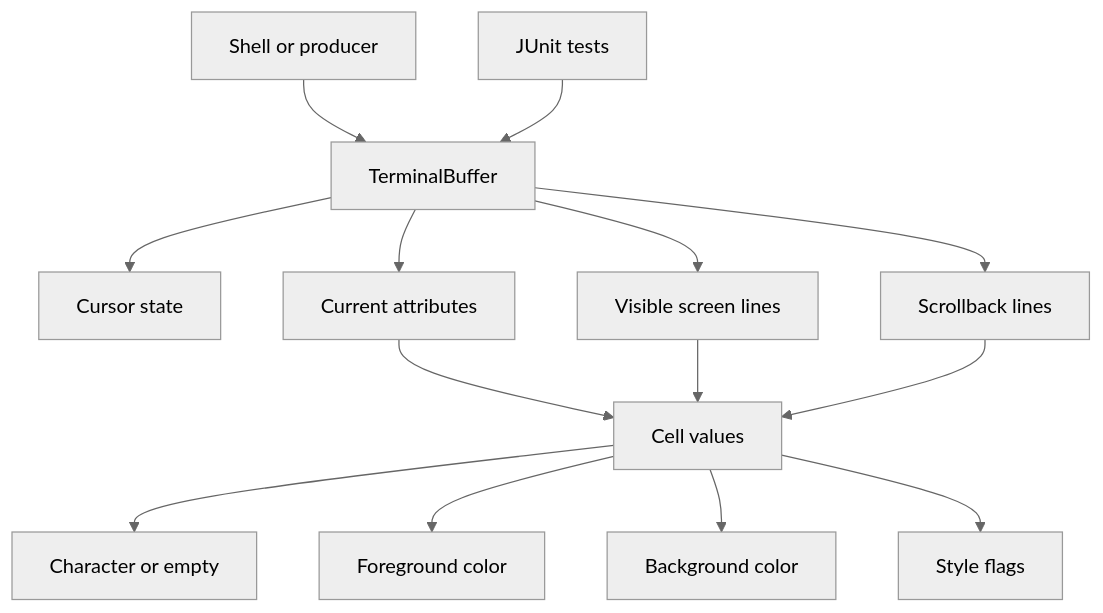
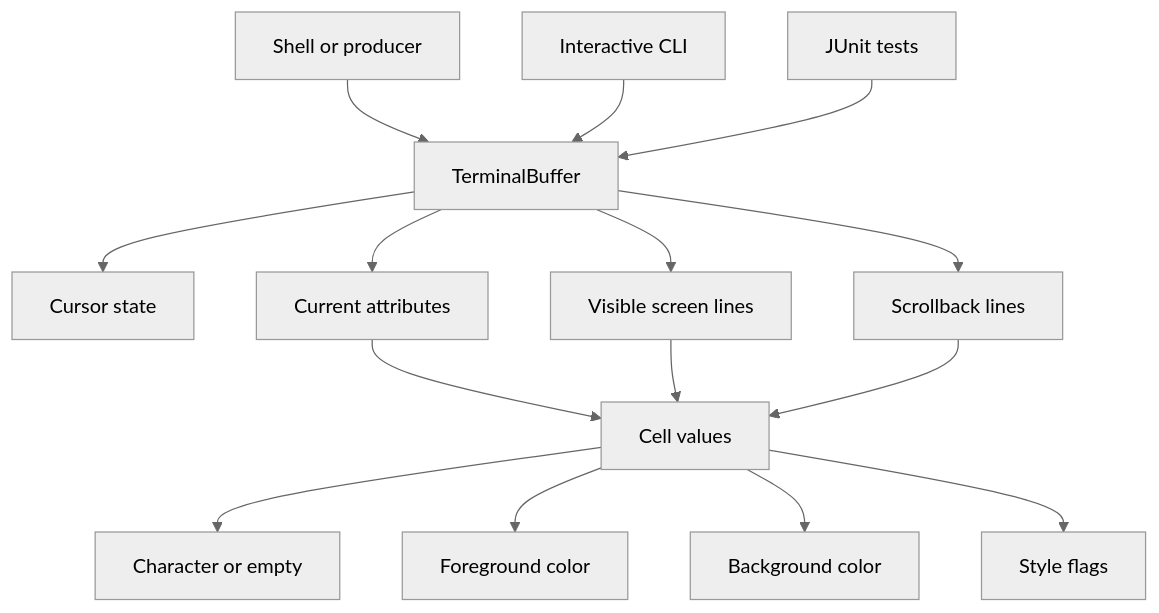
The diagram in README.md (def4alt/terminal), drawn with Mermaid (neutral theme) before and after one commit. The commit also changed other lines of this file, not shown here.

Commit message:
docs: update readme for interactive cli

````diff
--- a/README.md
+++ b/README.md
@@ -13,20 +13,21 @@
 ```mermaid
 flowchart TD
     S[Shell or producer] --> B[TerminalBuffer]
 
     B --> C[Cursor state]
     B --> A[Current attributes]
     B --> SCR[Visible screen lines]
     B --> H[Scrollback lines]
 
     A --> CELL[Cell values]
     SCR --> CELL
     H --> CELL
 
     CELL --> CH[Character or empty]
     CELL --> FG[Foreground color]
     CELL --> BG[Background color]
     CELL --> ST[Style flags]
 
+    CLI[Interactive CLI] --> B
     T[JUnit tests] --> B
 ```
````
